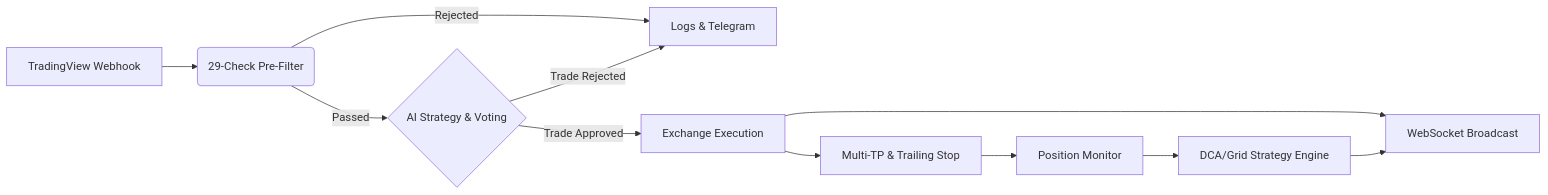
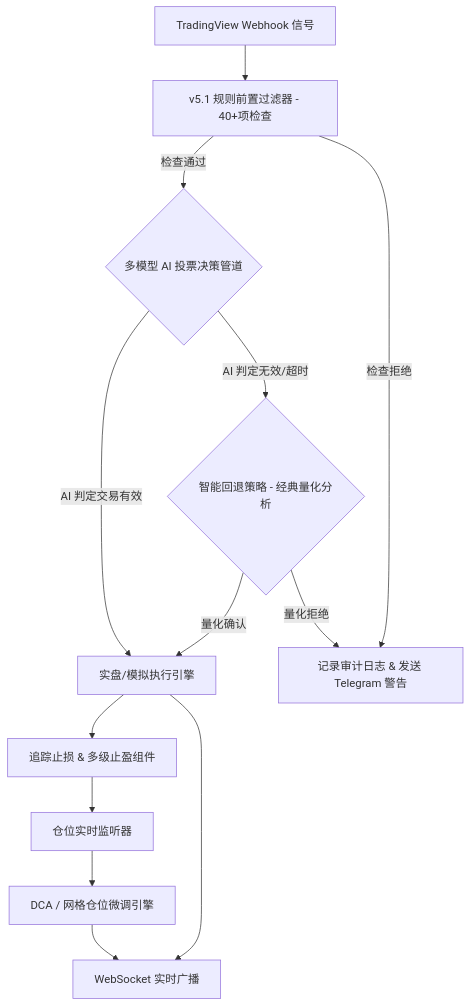
Before and after one commit to ikun52012/QuantPilot-AI: the diagram in README.md, drawn with Mermaid. The commit also changed other lines of this file and 1 other file, not shown here.

````diff
--- a/README.md
+++ b/README.md
@@ -180,13 +106,18 @@
 ```mermaid
-graph LR
-    A[TradingView Webhook] --> B(29-Check Pre-Filter)
-    B --> |Passed| C{AI Strategy & Voting}
-    B --> |Rejected| F[Logs & Telegram]
-    C --> |Trade Approved| D[Exchange Execution]
-    C --> |Trade Rejected| F
-    D --> E[Multi-TP & Trailing Stop]
-    D --> G[WebSocket Broadcast]
-    E --> H[Position Monitor]
-    H --> I[DCA/Grid Strategy Engine]
+graph TD
+    A[TradingView Webhook 信号] --> B[v5.1 规则前置过滤器 - 40+项检查]
+    
+    B -->|检查通过| C{多模型 AI 投票决策管道}
+    B -->|检查拒绝| F[记录审计日志 & 发送 Telegram 警告]
+    
+    C -->|AI 判定交易有效| D[实盘/模拟执行引擎]
+    C -->|AI 判定无效/超时| C2{智能回退策略 - 经典量化分析}
+    C2 -->|量化确认| D
+    C2 -->|量化拒绝| F
+    
+    D --> E[追踪止损 & 多级止盈组件]
+    D --> G[WebSocket 实时广播]
+    E --> H[仓位实时监听器]
+    H --> I[DCA / 网格仓位微调引擎]
     I --> G
 ```
````
